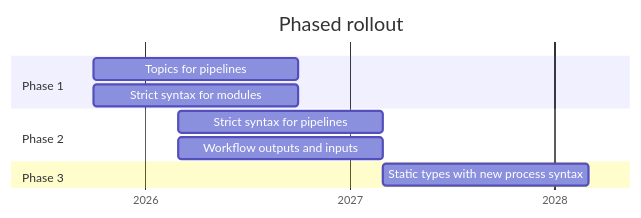
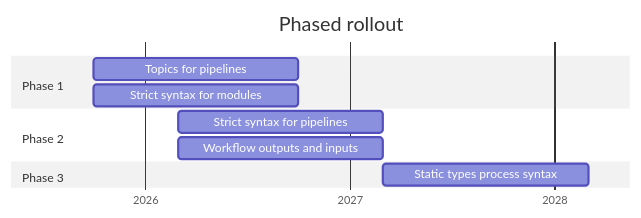
Before and after one commit to nf-core/website: the second of 2 diagrams in sites/main-site/src/content/blog/2025/retreat-2025.mdx, drawn with Mermaid. The commit also changed other lines of this file, not shown here.

````diff
--- a/sites/main-site/src/content/blog/2025/retreat-2025.mdx
+++ b/sites/main-site/src/content/blog/2025/retreat-2025.mdx
@@ -115,19 +124,19 @@
 ```mermaid
-%%{init: {'themeVariables': {'fontSize':'10px'}, 'gantt': {'useWidth':600, 'topAxis': false}}}%%
+%%{init: {'themeVariables': {'fontSize':'10px', 'sectionBkgColor':'rgba(128, 128, 128, 0.5)', 'sectionBkgColor2':'rgba(128, 128, 128, 0.5)', 'altSectionBkgColor':'rgba(128, 128, 128, 0.0)'}, 'gantt': {'useWidth':600, 'topAxis': false}}}%%
 gantt
     title Phased rollout
     dateFormat YYYY-MM
     tickInterval 12month
     axisFormat %Y
 
     section Phase 1
     Topics for pipelines        :2025-10, 12M
     Strict syntax for modules   :2025-10, 12M
 
     section Phase 2
     Strict syntax for pipelines :2026-03, 12M
     Workflow outputs and inputs :2026-03, 12M
 
     section Phase 3
-    Static types with new process syntax :2027-03, 12M
+    Static types process syntax :2027-03, 12M
 ```
````
